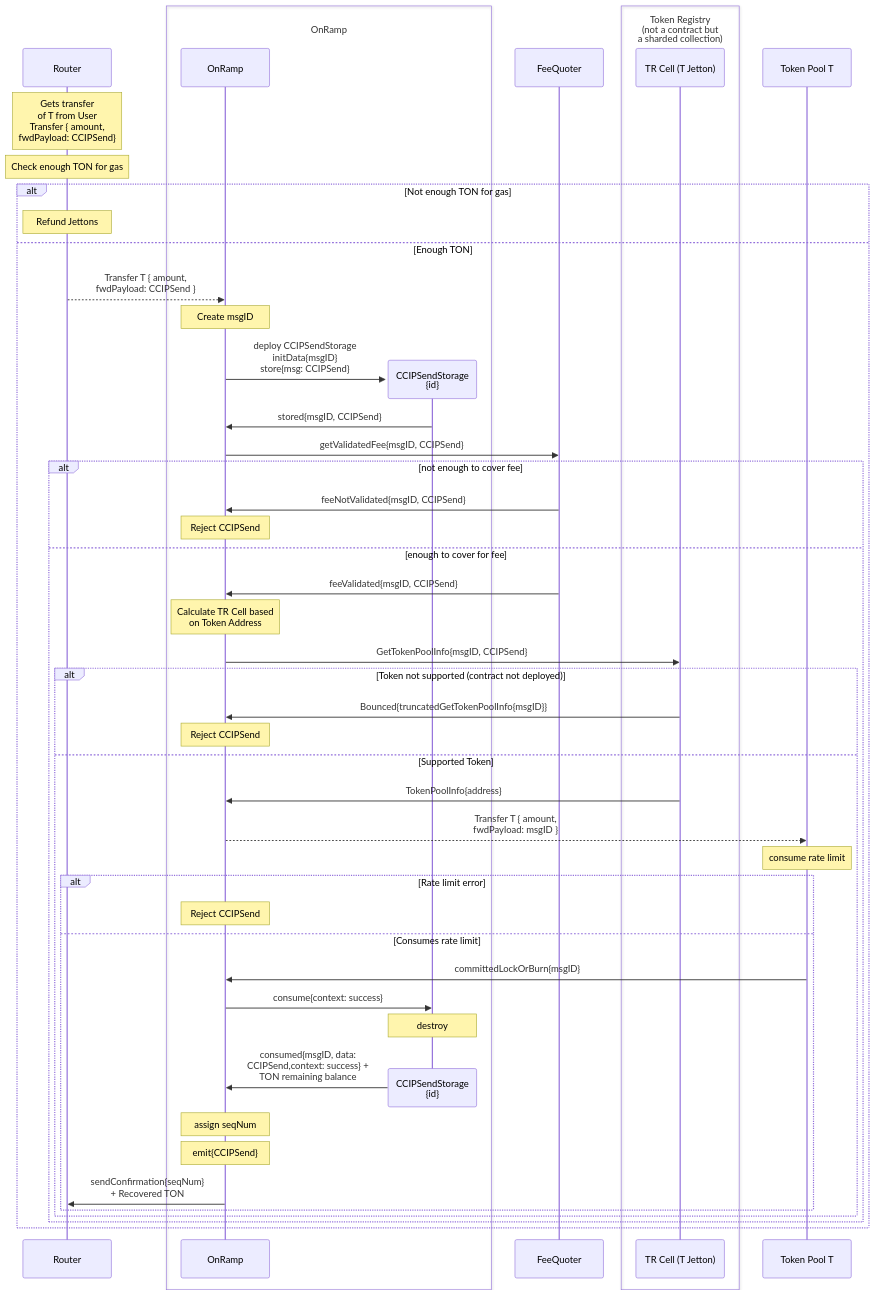
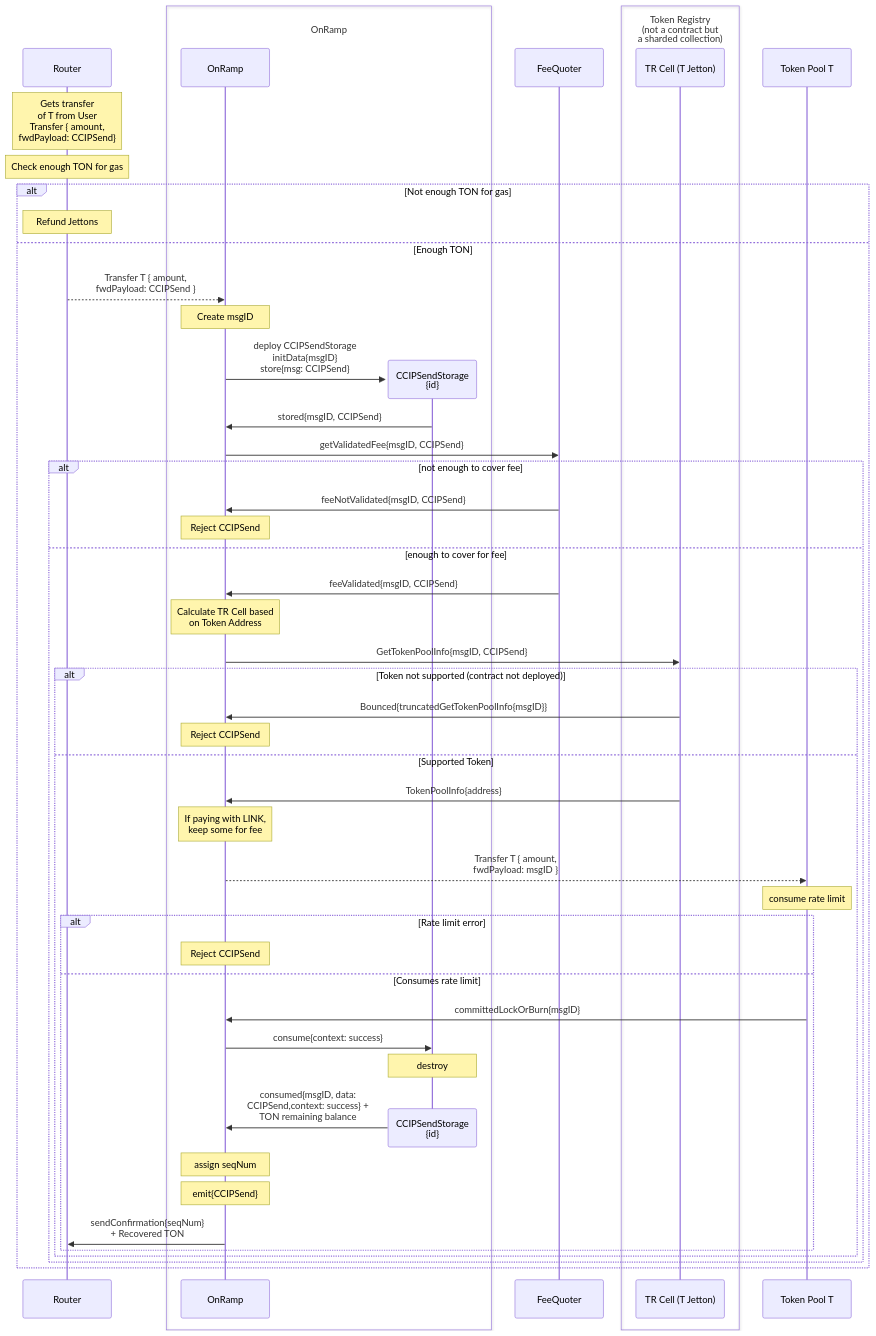
Before and after one commit to smartcontractkit/chainlink-ton: the first of 2 diagrams in docs/flow/onramp/token-transfer.md, drawn with Mermaid. The commit also changed other lines of this file and 2 other files, not shown here.

Commit message:
wip: paying with LINK

````diff
--- a/docs/flow/onramp/token-transfer.md
+++ b/docs/flow/onramp/token-transfer.md
@@ -7,69 +9,71 @@
 ```mermaid
 sequenceDiagram
     participant R as Router
 
     Note over R: Gets transfer<br>of T from User<br>Transfer { amount,<br>fwdPayload: CCIPSend}
     Note over R: Check enough TON for gas 
     alt Not enough TON for gas
     Note over R: Refund Jettons
     else Enough TON
 
     R -->> OR: Transfer T { amount,<br>fwdPayload: CCIPSend }
     
     Note over OR: Create msgID
     create participant CS
     OR ->> CS: deploy CCIPSendStorage <br>initData{msgID}<br>store{msg: CCIPSend}
     CS ->> OR: stored{msgID, CCIPSend}
 
     box OnRamp
     participant OR as OnRamp
     participant CS as CCIPSendStorage<br>{id}
     end
 
     participant FQ as FeeQuoter
 
     box Token Registry<br>(not a contract but<br>a sharded collection)
     participant TRC as TR Cell (T Jetton)
     end
 
     participant TP as Token Pool T
 
     OR ->> FQ: getValidatedFee{msgID, CCIPSend}
 
 
     alt not enough to cover fee
     FQ ->> OR: feeNotValidated{msgID, CCIPSend}
     Note over OR: Reject CCIPSend
 
     else enough to cover for fee
     FQ ->> OR: feeValidated{msgID, CCIPSend}
     Note over OR: Calculate TR Cell based<br>on Token Address
 
     OR ->> TRC: GetTokenPoolInfo{msgID, CCIPSend}
 
     alt Token not supported (contract not deployed)
     TRC ->> OR: Bounced{truncatedGetTokenPoolInfo{msgID}}
     Note over OR: Reject CCIPSend
     else Supported Token
     TRC ->> OR: TokenPoolInfo{address}
 
+    Note over OR: If paying with LINK,<br>keep some for fee
+
     OR -->> TP: Transfer T { amount,<br>fwdPayload: msgID }
     
     Note over TP: consume rate limit
     alt Rate limit error
     Note over OR: Reject CCIPSend
 
     else Consumes rate limit
     TP ->> OR: committedLockOrBurn{msgID} 
     OR ->> CS: consume{context: success} 
     Note over CS: destroy
     destroy CS
     CS ->> OR: consumed{msgID, data:<br>CCIPSend,context: success} +<br>TON remaining balance
     note over OR: assign seqNum
     note over OR: emit{CCIPSend}
     OR ->> R: sendConfirmation{seqNum}<br>+ Recovered TON
     end
     end
     end
     end
 ```
````
